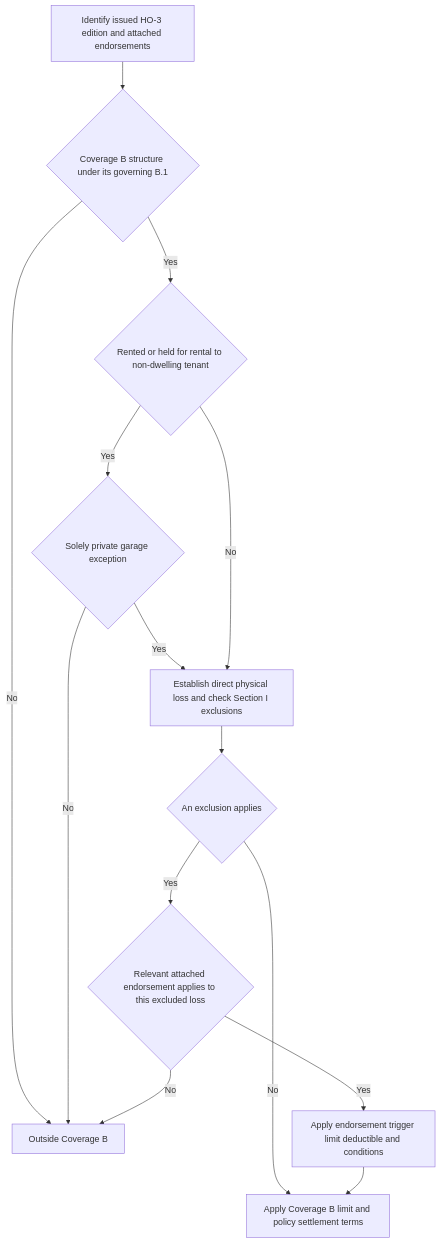
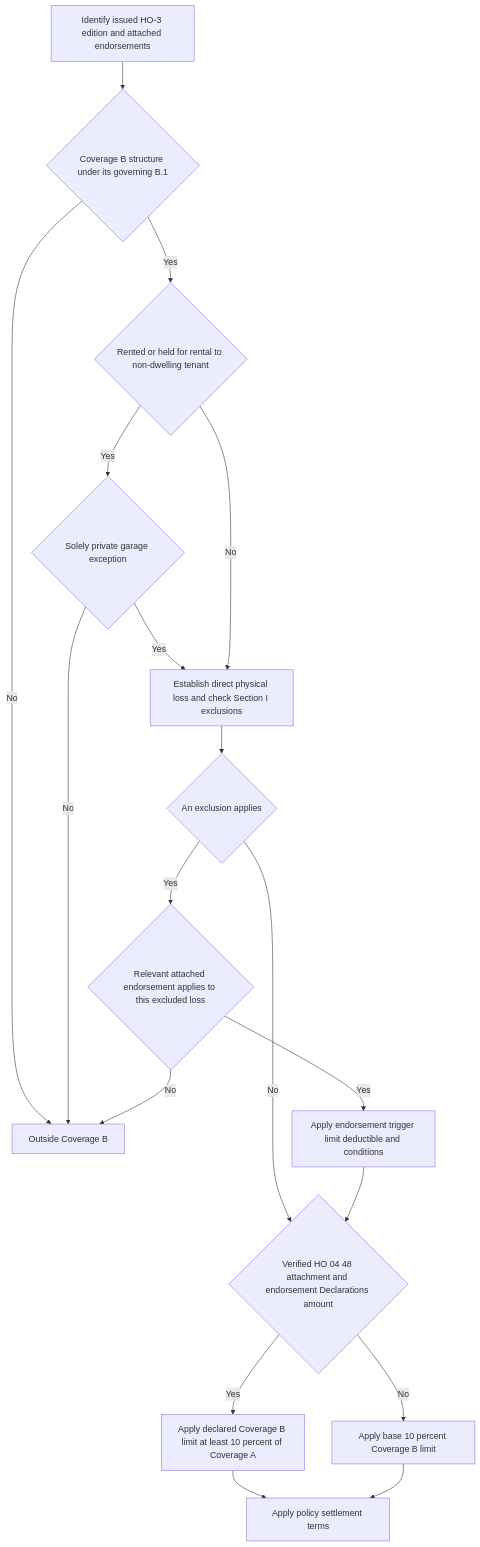
One commit to eugeneliu-86/openwiki-insurance-corpus changed the diagram in openwiki/coverage/coverage-b/other-structures.md. Above: the diagram before and after it, drawn with Mermaid. The commit also changed other lines of this file and 8 other files, not shown here.

````diff
--- a/openwiki/coverage/coverage-b/other-structures.md
+++ b/openwiki/coverage/coverage-b/other-structures.md
@@ -77,16 +95,20 @@
 ```mermaid
 flowchart TD
     Start["Identify issued HO-3 edition and attached endorsements"] --> Structure{"Coverage B structure under its governing B.1"}
     Structure -- No --> Outside["Outside Coverage B"]
     Structure -- Yes --> Rental{"Rented or held for rental to non-dwelling tenant"}
     Rental -- Yes --> Garage{"Solely private garage exception"}
     Garage -- No --> Outside
     Garage -- Yes --> Loss
     Rental -- No --> Loss["Establish direct physical loss and check Section I exclusions"]
     Loss --> Excluded{"An exclusion applies"}
-    Excluded -- No --> Limit["Apply Coverage B limit and policy settlement terms"]
+    Excluded -- No --> Increased{"Verified HO 04 48 attachment and endorsement Declarations amount"}
     Excluded -- Yes --> Endorsement{"Relevant attached endorsement applies to this excluded loss"}
     Endorsement -- No --> Outside
     Endorsement -- Yes --> Terms["Apply endorsement trigger limit deductible and conditions"]
-    Terms --> Limit
+    Terms --> Increased
+    Increased -- Yes --> Selected["Apply declared Coverage B limit at least 10 percent of Coverage A"]
+    Increased -- No --> Base["Apply base 10 percent Coverage B limit"]
+    Selected --> Limit["Apply policy settlement terms"]
+    Base --> Limit
 ```
````
